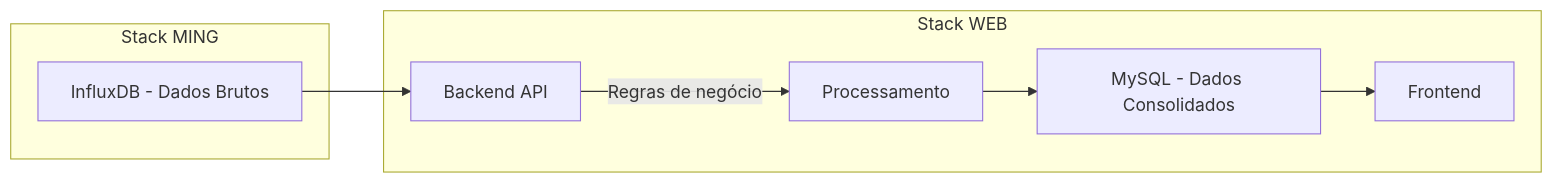
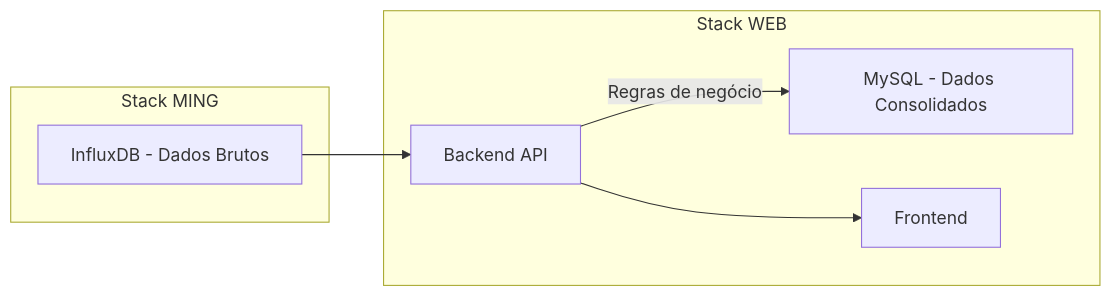
The second of 2 diagrams in Programação Multiplataforma/03 Trabalho 01.md (profAndreSouza/Material), drawn with Mermaid before and after one commit.

````diff
--- a/Programação Multiplataforma/03 Trabalho 01.md
+++ b/Programação Multiplataforma/03 Trabalho 01.md
@@ -84,17 +84,15 @@
 ```mermaid
 flowchart LR
     subgraph Stack MING
         A[InfluxDB - Dados Brutos]
     end
     subgraph Stack WEB
         B[Backend API]
-        C[Processamento]
         D[MySQL - Dados Consolidados]
         E[Frontend]
     end
 
     A --> B
-    B -->|Regras de negócio| C
-    C --> D
-    D --> E
+    B -->|Regras de negócio| D
+    B --> E
 ```
````
